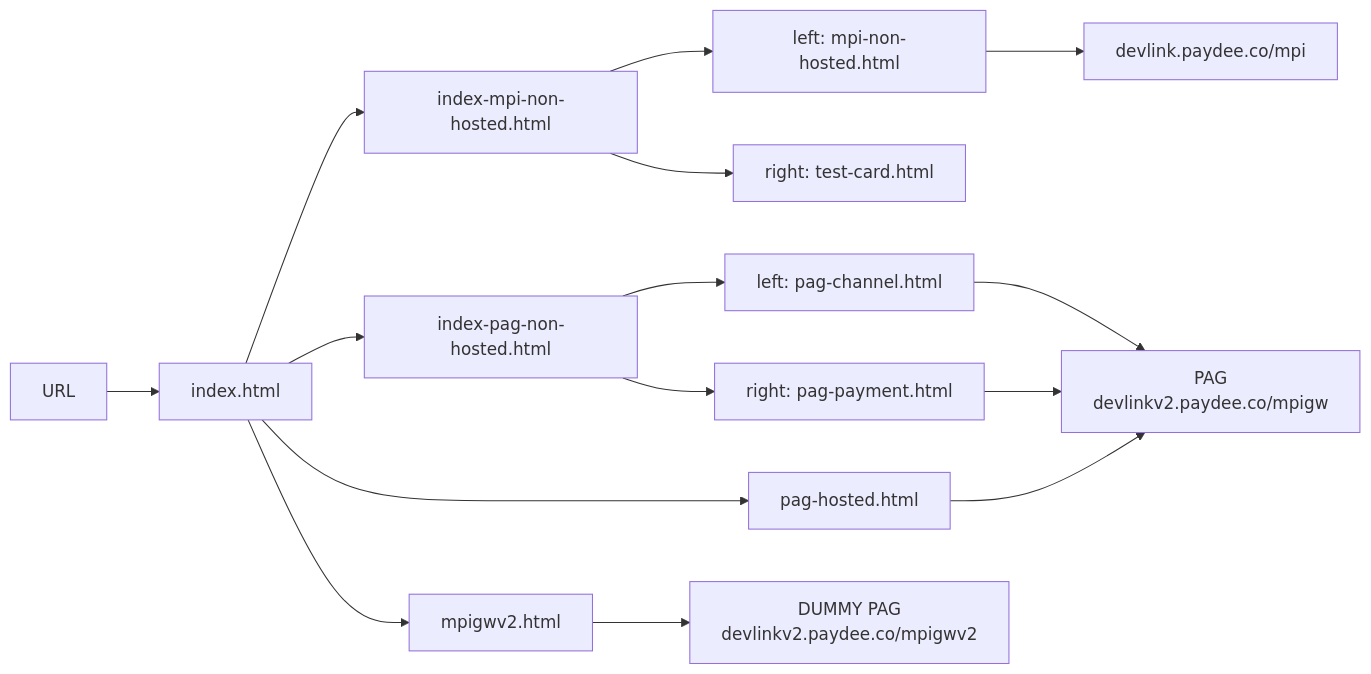
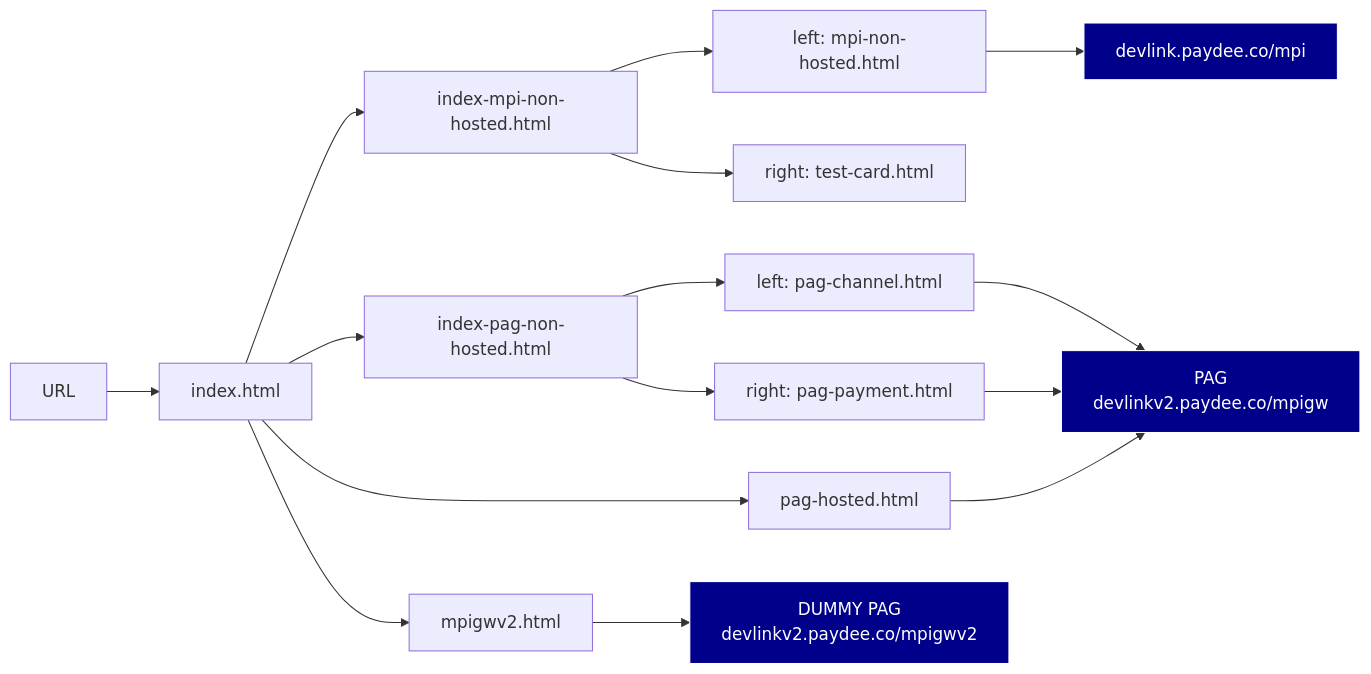
One commit to systemspcpyd/payment-page changed the first of 2 diagrams in README.md. Above: the diagram before and after it, drawn with Mermaid.

````diff
--- a/README.md
+++ b/README.md
@@ -8,21 +8,25 @@
 ```mermaid
 graph LR
     URL --> Index["index.html"]
     
     Index --> MPI["index-mpi-non-hosted.html"]
     Index --> PAG_Non["index-pag-non-hosted.html"]
     Index --> PAG_Hosted["pag-hosted.html"]
     Index --> Dummy["mpigwv2.html"]
     
     MPI --> MPI_L["left: mpi-non-hosted.html"]
     MPI --> MPI_R["right: test-card.html"]
     MPI_L --> Target1["devlink.paydee.co/mpi"]
     
     PAG_Non --> PAG_L["left: pag-channel.html"]
     PAG_Non --> PAG_R["right: pag-payment.html"]
     PAG_L --> Target2["PAG<br/>devlinkv2.paydee.co/mpigw"]
     PAG_R --> Target2
     
     PAG_Hosted --> Target2
     Dummy --> Target3["DUMMY PAG<br/>devlinkv2.paydee.co/mpigwv2"]
+
+    style Target1 fill:#00008B,stroke:#fff,color:#fff
+    style Target2 fill:#00008B,stroke:#fff,color:#fff
+    style Target3 fill:#00008B,stroke:#fff,color:#fff
 ```
````
